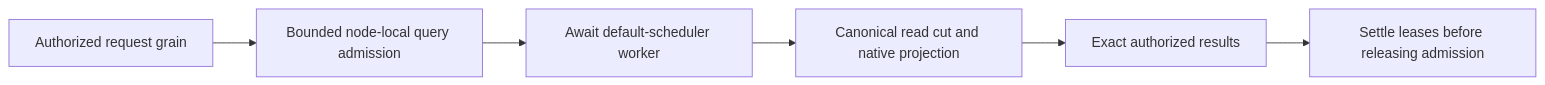
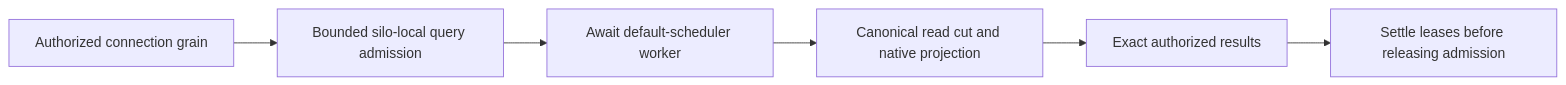
One commit to managedcode/KeyLoad changed the diagram in docs/ADR/ADR-081-awaited-native-search-execution.md. Above: the diagram before and after it, drawn with Mermaid. The commit also changed other lines of this file and 7356 other files, not shown here.

````diff
--- a/docs/ADR/ADR-081-awaited-native-search-execution.md
+++ b/docs/ADR/ADR-081-awaited-native-search-execution.md
@@ -25,8 +25,8 @@
 ```mermaid
 flowchart LR
-    Request[Authorized request grain] --> Admit[Bounded node-local query admission]
+    Request[Authorized connection grain] --> Admit[Bounded silo-local query admission]
     Admit --> Worker[Await default-scheduler worker]
     Worker --> Cut[Canonical read cut and native projection]
     Cut --> Result[Exact authorized results]
     Result --> Join[Settle leases before releasing admission]
 ```
````
